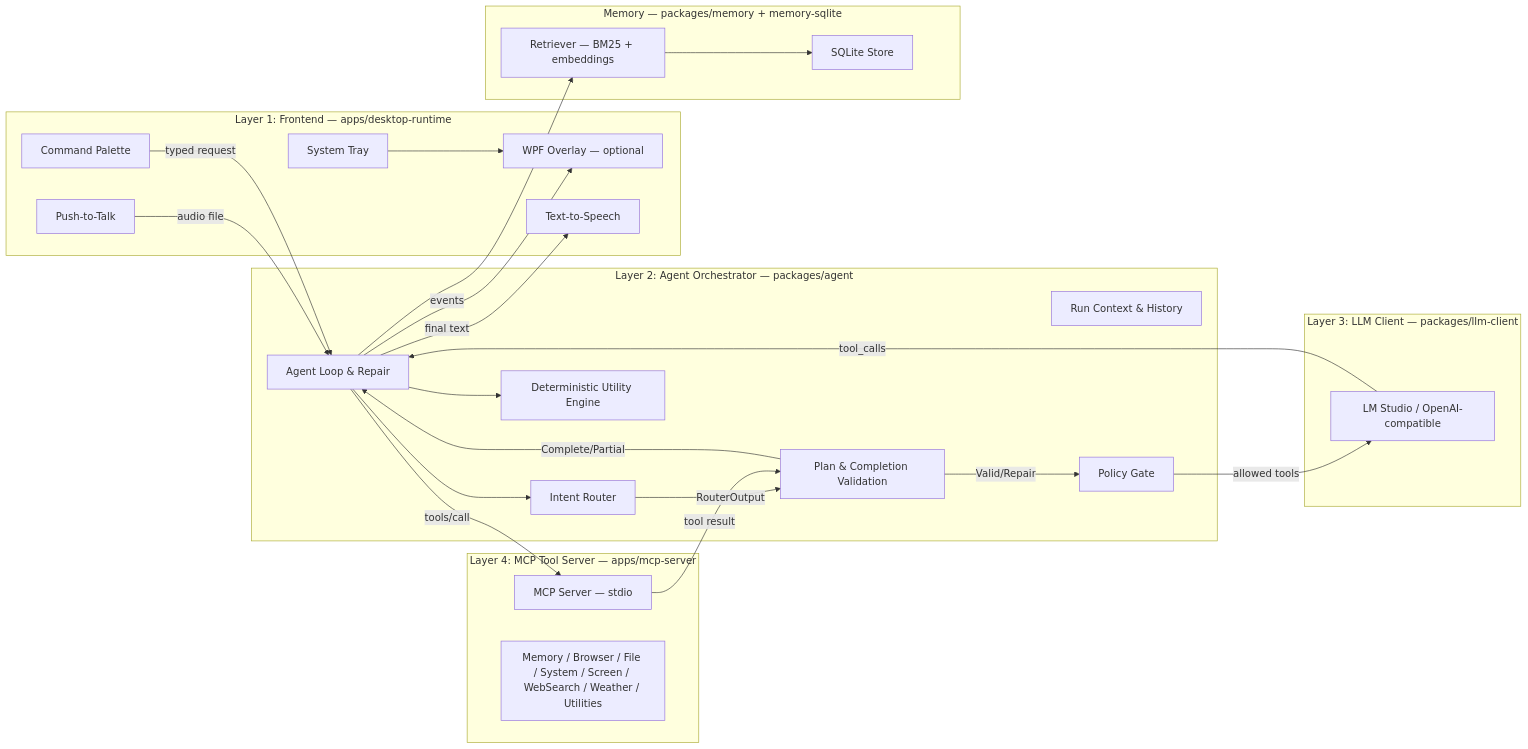
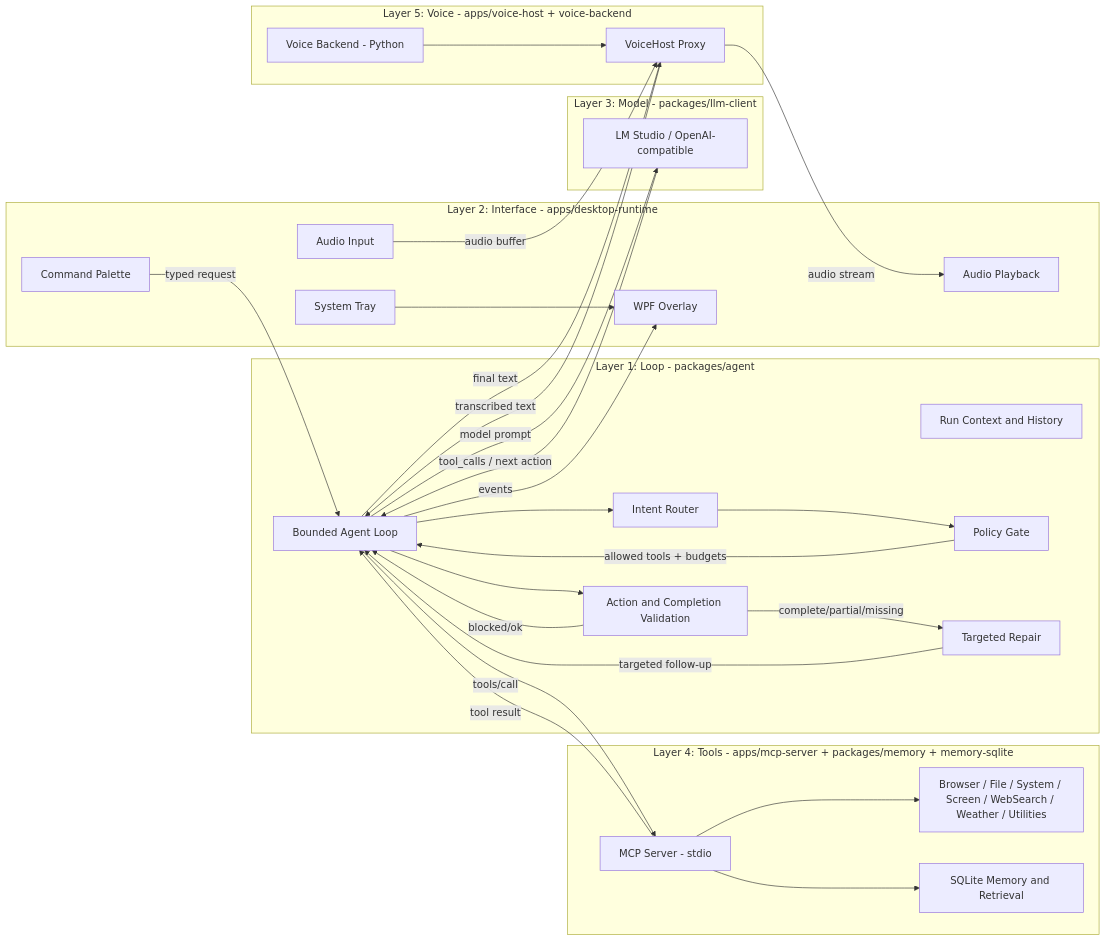
One commit to raydeStar/sir-thaddeus changed the diagram in README.md. Above: the diagram before and after it, drawn with Mermaid. The commit also changed other lines of this file and 3 other files, not shown here.

````diff
--- a/README.md
+++ b/README.md
@@ -119,48 +171,61 @@
 ```mermaid
 flowchart LR
-  subgraph frontend [Layer 1: Frontend — apps/desktop-runtime]
+  subgraph loop [Layer 1: Loop - packages/agent]
+    Loop[Bounded Agent Loop]
+    Context[Run Context and History]
+    Router[Intent Router]
+    Gate[Policy Gate]
+    Validate[Action and Completion Validation]
+    Repair[Targeted Repair]
+  end
+
+  subgraph frontend [Layer 2: Interface - apps/desktop-runtime]
     Tray[System Tray]
-    Overlay[WPF Overlay — optional]
-    PTT[Push-to-Talk]
-    TTS[Text-to-Speech]
+    Overlay[WPF Overlay]
+    PTT[Audio Input]
+    Playback[Audio Playback]
     Palette[Command Palette]
   end
 
-  subgraph agent [Layer 2: Agent Orchestrator — packages/agent]
-    Loop[Agent Loop & Repair]
-    Context[Run Context & History]
-    Router[Intent Router]
-    Gate[Policy Gate]
-    Validation[Plan & Completion Validation]
-    Utilities[Deterministic Utility Engine]
-  end
-
-  subgraph llm [Layer 3: LLM Client — packages/llm-client]
+  subgraph model [Layer 3: Model - packages/llm-client]
     LmStudio[LM Studio / OpenAI-compatible]
   end
 
-  subgraph memory [Memory — packages/memory + memory-sqlite]
-    Store[SQLite Store]
-    Retriever[Retriever — BM25 + embeddings]
+  subgraph tools [Layer 4: Tools - apps/mcp-server + packages/memory + memory-sqlite]
+    Server[MCP Server - stdio]
+    Toolset[Browser / File / System / Screen / WebSearch / Weather / Utilities]
+    Memory[SQLite Memory and Retrieval]
   end
 
-  subgraph mcp [Layer 4: MCP Tool Server — apps/mcp-server]
-    Server[MCP Server — stdio]
-    Tools[Memory / Browser / File / System / Screen / WebSearch / Weather / Utilities]
+  subgraph voice [Layer 5: Voice - apps/voice-host + voice-backend]
+    VoiceHost[VoiceHost Proxy]
+    VoiceBackend[Voice Backend - Python]
+    VoiceBackend --> VoiceHost
   end
 
-  PTT -->|audio file| Loop
+  PTT -->|audio buffer| VoiceHost
+  VoiceHost -->|transcribed text| Loop
   Palette -->|typed request| Loop
-  Loop --> Router -->|RouterOutput| Validation
-  Validation -->|Valid/Repair| Gate
-  Gate -->|allowed tools| LmStudio
-  LmStudio -->|tool_calls| Loop
+
+  Loop --> Router --> Gate
+  Gate -->|allowed tools + budgets| Loop
+
+  Loop -->|model prompt| LmStudio
+  LmStudio -->|tool_calls / next action| Loop
+
+  Loop --> Validate
+  Validate -->|blocked/ok| Loop
+  Validate -->|complete/partial/missing| Repair
+  Repair -->|targeted follow-up| Loop
+
   Loop -->|tools/call| Server
-  Server -->|tool result| Validation
-  Validation -->|Complete/Partial| Loop
-  Loop --> Retriever --> Store
-  Loop --> Utilities
-  Loop -->|final text| TTS
+  Server --> Toolset
+  Server --> Memory
+  Server -->|tool result| Loop
+
+  Loop -->|final text| VoiceHost
+  VoiceHost -->|audio stream| Playback
+
   Loop -->|events| Overlay
   Tray --> Overlay
 ```
````
